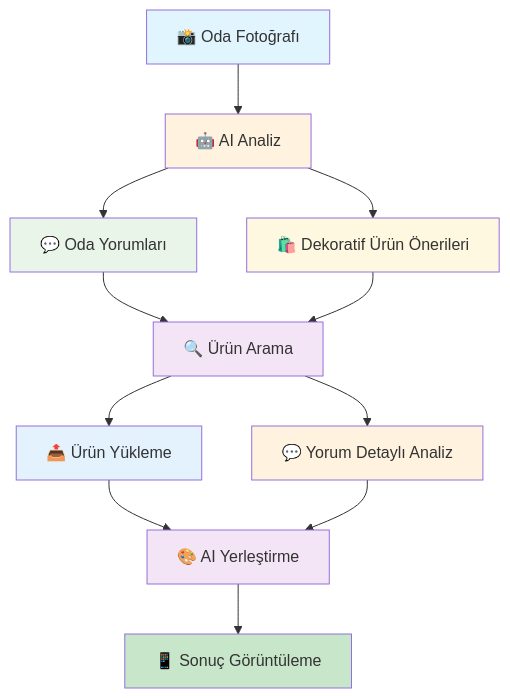
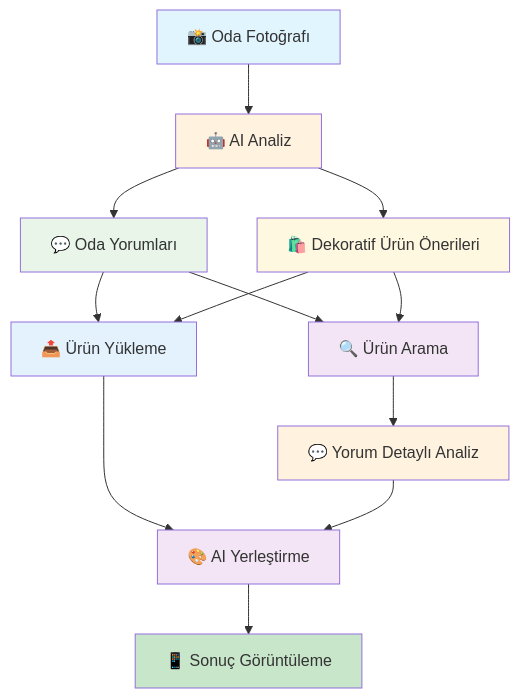
One commit to Fikret-Arici/designroom changed the first of 2 diagrams in SUNUM.md. Above: the diagram before and after it, drawn with Mermaid.

Commit message:
sunum dosyası eklendi düzenlemelere açık şekilde düzenlendi

````diff
--- a/SUNUM.md
+++ b/SUNUM.md
@@ -80,28 +80,31 @@
 ```mermaid
 graph TD
     A[📸 Oda Fotoğrafı] --> B[🤖 AI Analiz]
     
     B --> C[💬 Oda Yorumları]
     B --> D[🛍️ Dekoratif Ürün Önerileri]
     
     C --> E[🔍 Ürün Arama]
     D --> E
+
+    C --> F[📤 Ürün Yükleme]
+    D --> F
     
-    E --> F[📤 Ürün Yükleme]
+    
     E --> G[💬 Yorum Detaylı Analiz]
     
     F --> H[🎨 AI Yerleştirme]
     G --> H
     
     H --> I[📱 Sonuç Görüntüleme]
     
     style A fill:#e1f5fe
     style I fill:#c8e6c9
     style B fill:#fff3e0
     style H fill:#f3e5f5
     style C fill:#e8f5e8
     style D fill:#fff8e1
     style E fill:#f3e5f5
     style F fill:#e3f2fd
     style G fill:#fff3e0
 ```
````
